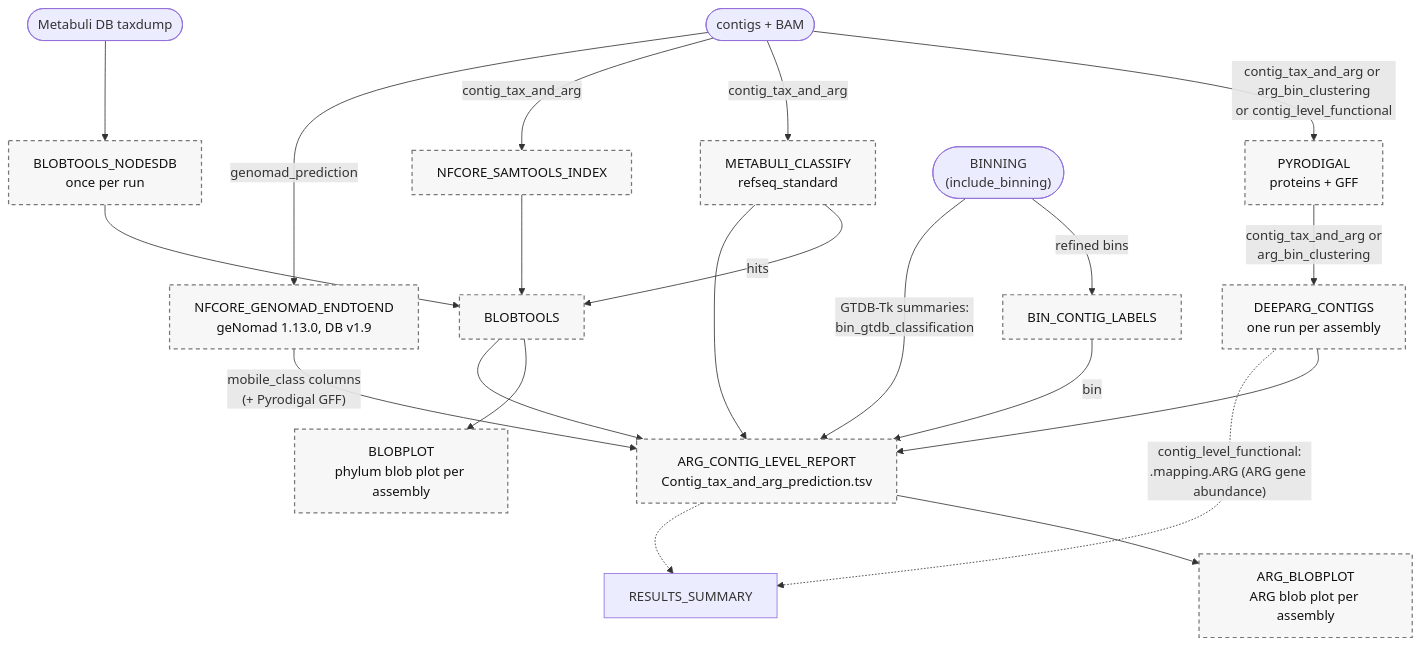
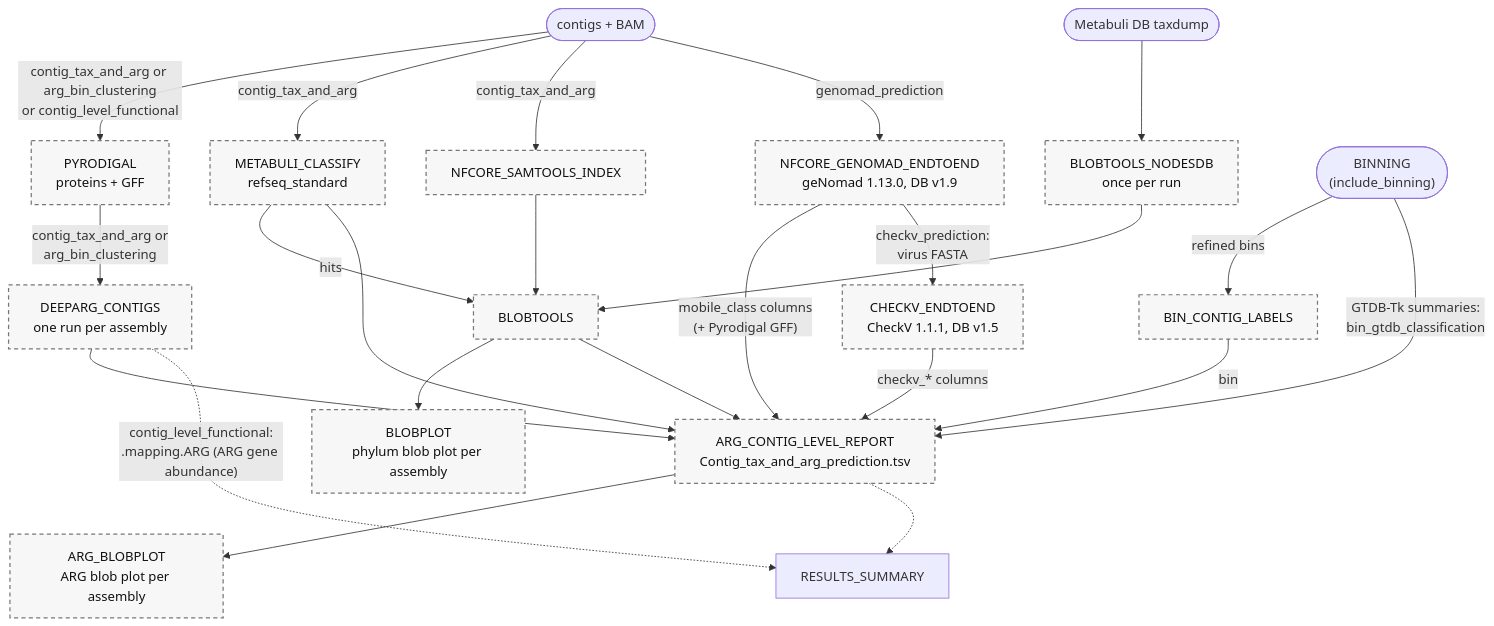
The ninth of 13 diagrams in docs/WORKFLOW_DIAGRAM.md (gene2dis/BugBuster), drawn with Mermaid before and after one commit. The commit also changed other lines of this file and 5 other files, not shown here.

````diff
--- a/docs/WORKFLOW_DIAGRAM.md
+++ b/docs/WORKFLOW_DIAGRAM.md
@@ -339,27 +347,29 @@
 ```mermaid
 flowchart TD
     Contigs(["contigs + BAM"]) -->|"contig_tax_and_arg or arg_bin_clustering<br/>or contig_level_functional"| PYRODIGAL["PYRODIGAL<br/>proteins + GFF"]
     PYRODIGAL -->|"contig_tax_and_arg or<br/>arg_bin_clustering"| DEEPARG_CONTIGS["DEEPARG_CONTIGS<br/>one run per assembly"]
 
     Contigs -->|contig_tax_and_arg| METABULI_CLASSIFY["METABULI_CLASSIFY<br/>refseq_standard"]
     Contigs -->|contig_tax_and_arg| NFCORE_SAMTOOLS_INDEX
     Taxdump(["Metabuli DB taxdump"]) --> BLOBTOOLS_NODESDB["BLOBTOOLS_NODESDB<br/>once per run"]
     METABULI_CLASSIFY -->|hits| BLOBTOOLS
     NFCORE_SAMTOOLS_INDEX --> BLOBTOOLS
     BLOBTOOLS_NODESDB --> BLOBTOOLS
     BLOBTOOLS --> BLOBPLOT["BLOBPLOT<br/>phylum blob plot per assembly"]
 
     Contigs -->|genomad_prediction| NFCORE_GENOMAD_ENDTOEND["NFCORE_GENOMAD_ENDTOEND<br/>geNomad 1.13.0, DB v1.9"]
     Bins(["BINNING<br/>(include_binning)"]) -->|refined bins| BIN_CONTIG_LABELS
     Bins -->|"GTDB-Tk summaries:<br/>bin_gtdb_classification"| ARG_CONTIG_LEVEL_REPORT
 
     DEEPARG_CONTIGS & BLOBTOOLS & METABULI_CLASSIFY --> ARG_CONTIG_LEVEL_REPORT["ARG_CONTIG_LEVEL_REPORT<br/>Contig_tax_and_arg_prediction.tsv"]
     BIN_CONTIG_LABELS -->|bin| ARG_CONTIG_LEVEL_REPORT
     NFCORE_GENOMAD_ENDTOEND -->|"mobile_class columns<br/>(+ Pyrodigal GFF)"| ARG_CONTIG_LEVEL_REPORT
+    NFCORE_GENOMAD_ENDTOEND -->|"checkv_prediction:<br/>virus FASTA"| CHECKV_ENDTOEND["CHECKV_ENDTOEND<br/>CheckV 1.1.1, DB v1.5"]
+    CHECKV_ENDTOEND -->|"checkv_* columns"| ARG_CONTIG_LEVEL_REPORT
     ARG_CONTIG_LEVEL_REPORT --> ARG_BLOBPLOT["ARG_BLOBPLOT<br/>ARG blob plot per assembly"]
     ARG_CONTIG_LEVEL_REPORT -.-> RESULTS_SUMMARY
     DEEPARG_CONTIGS -.->|"contig_level_functional:<br/>.mapping.ARG (ARG gene abundance)"| RESULTS_SUMMARY
 
     classDef opt fill:#F7F7F7,stroke:#777,stroke-width:1.5px,stroke-dasharray:5 4,color:#111
-    class PYRODIGAL,DEEPARG_CONTIGS,METABULI_CLASSIFY,NFCORE_SAMTOOLS_INDEX,BLOBTOOLS_NODESDB,BLOBTOOLS,BLOBPLOT,NFCORE_GENOMAD_ENDTOEND,BIN_CONTIG_LABELS,ARG_CONTIG_LEVEL_REPORT,ARG_BLOBPLOT opt
+    class PYRODIGAL,DEEPARG_CONTIGS,METABULI_CLASSIFY,NFCORE_SAMTOOLS_INDEX,BLOBTOOLS_NODESDB,BLOBTOOLS,BLOBPLOT,NFCORE_GENOMAD_ENDTOEND,CHECKV_ENDTOEND,BIN_CONTIG_LABELS,ARG_CONTIG_LEVEL_REPORT,ARG_BLOBPLOT opt
 ```
````
